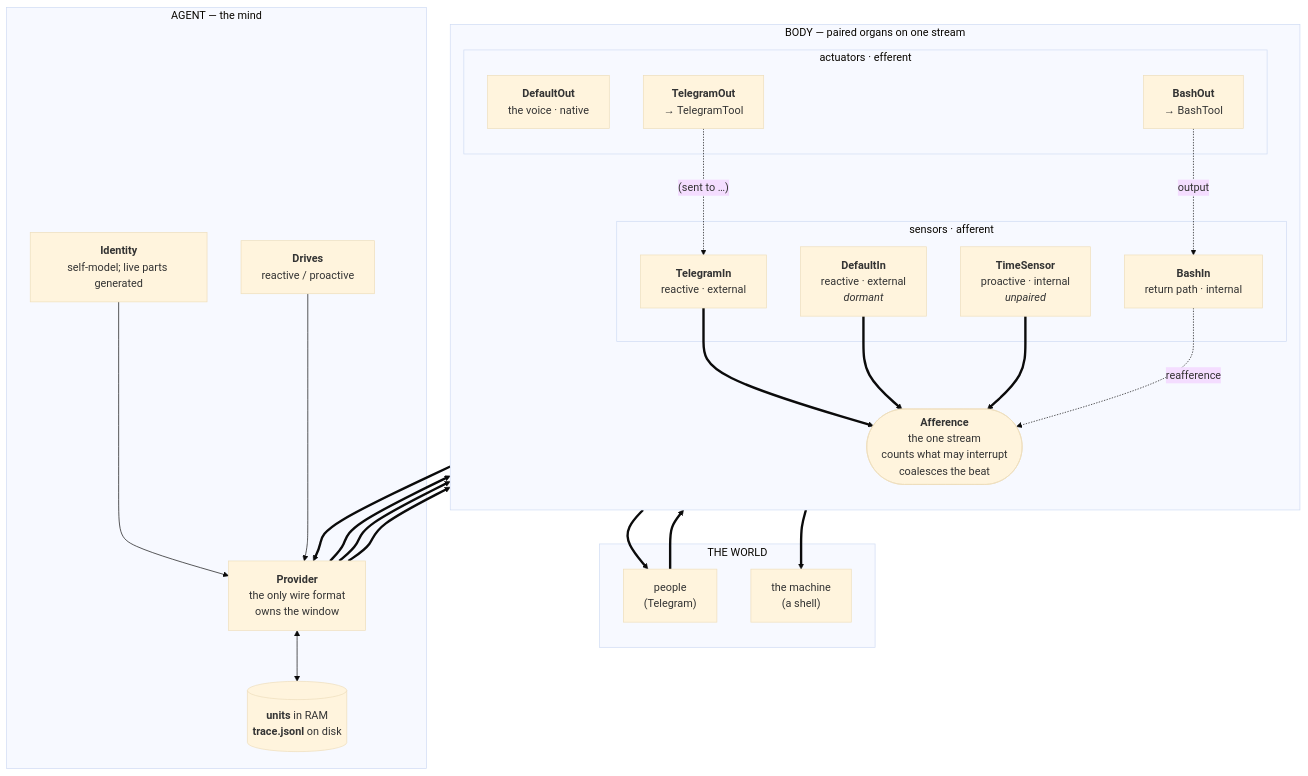
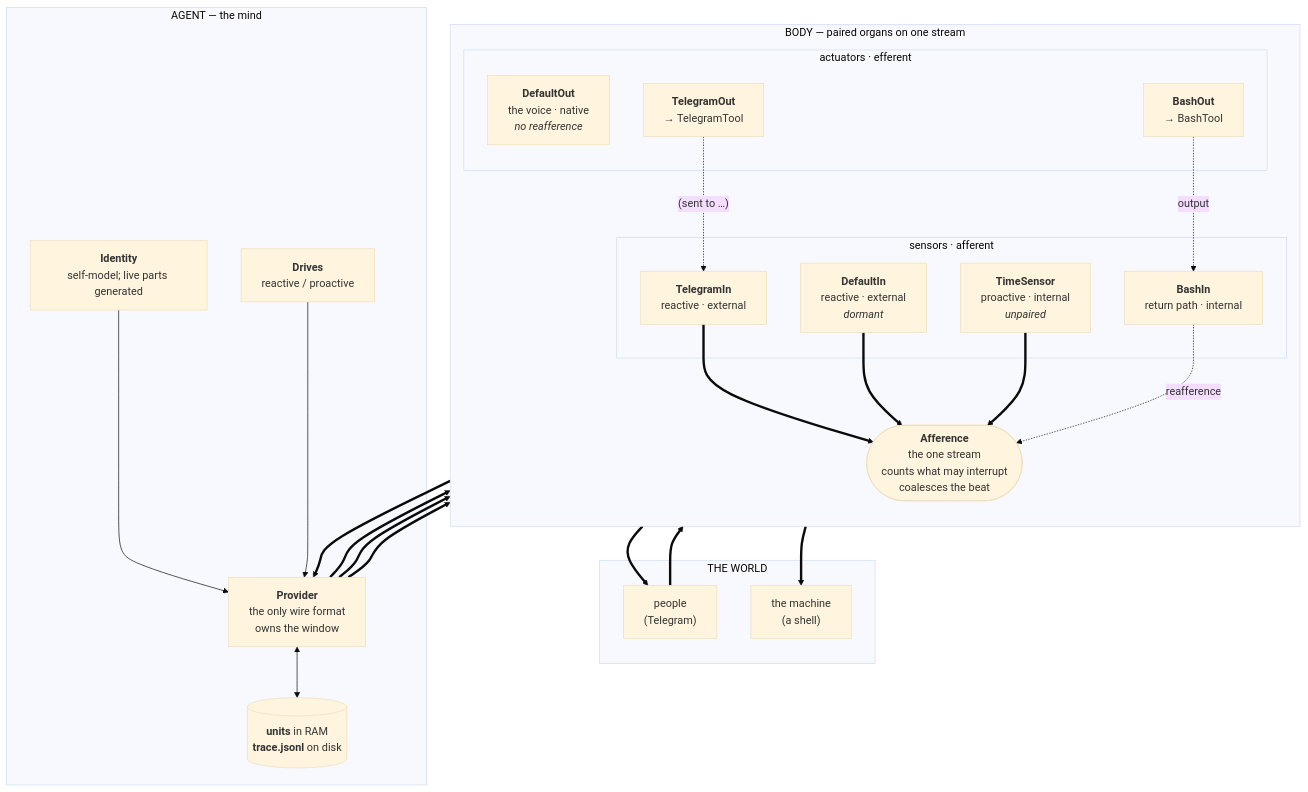
The first of 2 diagrams in ARCHITECTURE.md (averagejoeslab/precog), drawn with Mermaid (base theme) before and after one commit. The commit also changed other lines of this file and 4 other files, not shown here.

````diff
--- a/ARCHITECTURE.md
+++ b/ARCHITECTURE.md
@@ -11,44 +11,44 @@
 ```mermaid
 flowchart TB
     subgraph W["THE WORLD"]
         PPL["people<br/>(Telegram)"]
         MCH["the machine<br/>(a shell)"]
     end
 
     subgraph BODY["BODY — paired organs on one stream"]
         direction TB
         subgraph SENS["sensors · afferent"]
             TI["<b>TelegramIn</b><br/>reactive · external"]
             DI["<b>DefaultIn</b><br/>reactive · external<br/><i>dormant</i>"]
             BI["<b>BashIn</b><br/>return path · internal"]
             TS["<b>TimeSensor</b><br/>proactive · internal<br/><i>unpaired</i>"]
         end
         AFF(["<b>Afference</b><br/>the one stream<br/>counts what may interrupt<br/>coalesces the beat"])
         subgraph ACTS["actuators · efferent"]
-            DO["<b>DefaultOut</b><br/>the voice · native"]
+            DO["<b>DefaultOut</b><br/>the voice · native<br/><i>no reafference</i>"]
             TO["<b>TelegramOut</b><br/>→ TelegramTool"]
             BO["<b>BashOut</b><br/>→ BashTool"]
         end
     end
 
     subgraph AGENT["AGENT — the mind"]
         ID["<b>Identity</b><br/>self-model; live parts generated"]
         DR["<b>Drives</b><br/>reactive / proactive"]
         PRV["<b>Provider</b><br/>the only wire format<br/>owns the window"]
         BUF[("<b>units</b> in RAM<br/><b>trace.jsonl</b> on disk")]
     end
 
     PPL ==> TI ==> AFF
     DI ==> AFF
     TS ==> AFF
     AFF ==> PRV
     ID --> PRV
     DR --> PRV
     PRV <--> BUF
     PRV ==> DO
     PRV ==> TO ==> PPL
     PRV ==> BO ==> MCH
     TO -. "(sent to …)" .-> TI
     BO -. "output" .-> BI
     BI -. reafference .-> AFF
 ```
````
